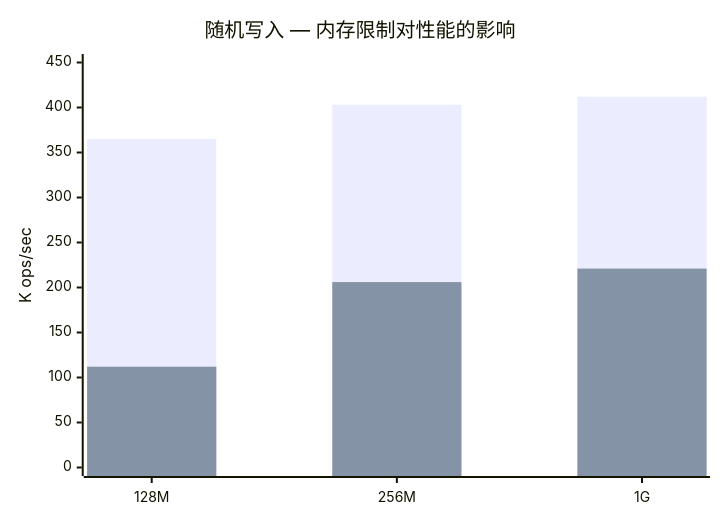
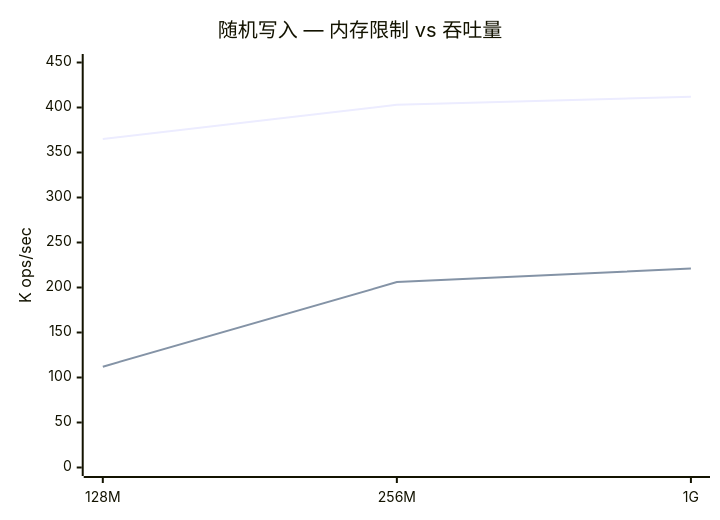
One commit to bangbang93/playground.js changed the third of 16 diagrams in packages/db-bench/README.md. Above: the diagram before and after it, drawn with Mermaid. The commit also changed other lines of this file, not shown here.

First line of the commit message:
docs(db-bench): replace stacked bars with ratio lines in Mermaid charts

````diff
--- a/packages/db-bench/README.md
+++ b/packages/db-bench/README.md
@@ -214,8 +213,8 @@
 ```mermaid
 xychart-beta
-    title "随机写入 — 内存限制对性能的影响"
+    title "随机写入 — 内存限制 vs 吞吐量"
     x-axis ["128M", "256M", "1G"]
     y-axis "K ops/sec" 0 --> 450
-    bar [365, 403, 412]
-    bar [112, 206, 221]
+    line [365, 403, 412]
+    line [112, 206, 221]
 ```
````
